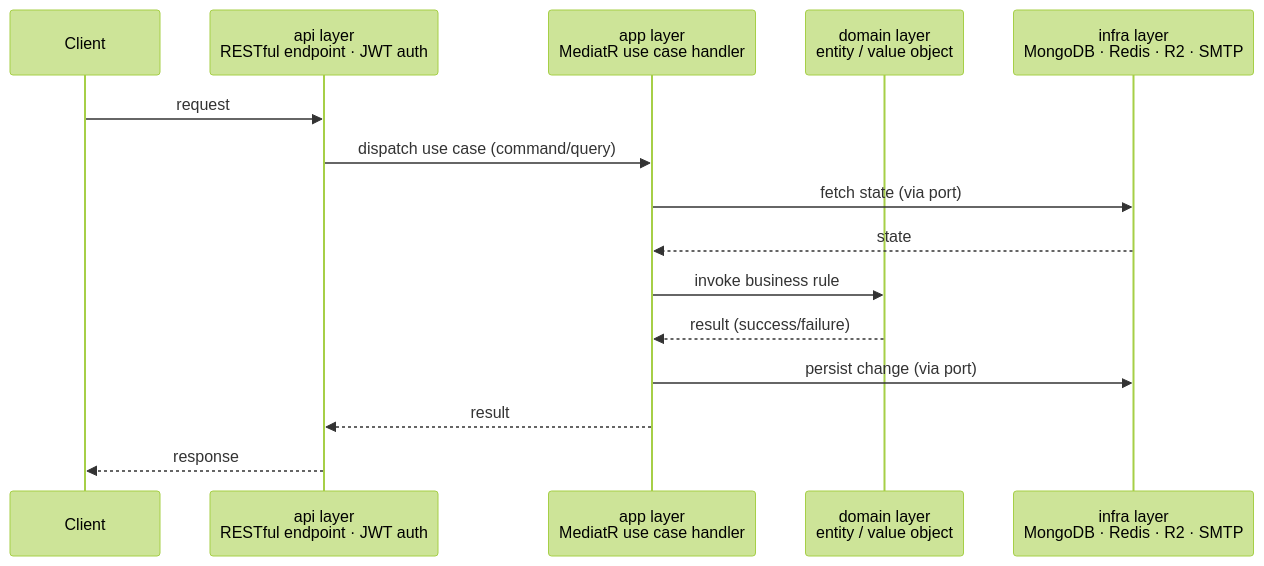
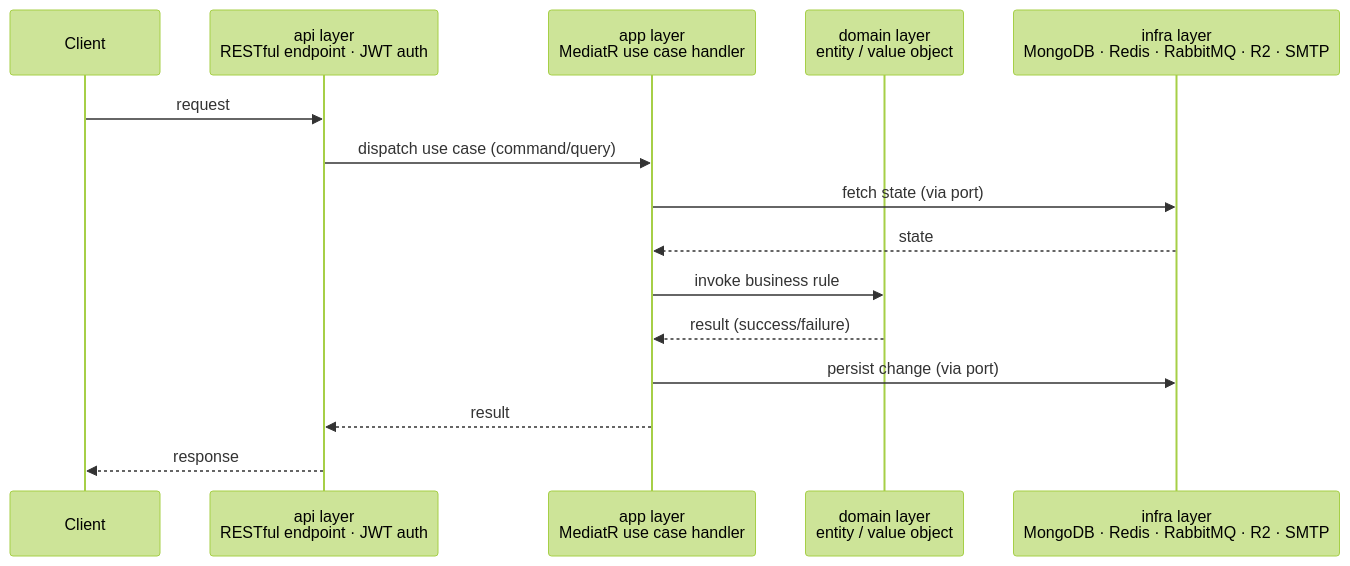
The second of 2 diagrams in doc/architecture.md (Datnguynx110605/Bump_Server), drawn with Mermaid (forest theme) before and after one commit. The commit also changed other lines of this file and 28 other files, not shown here.

````diff
--- a/doc/architecture.md
+++ b/doc/architecture.md
@@ -71,18 +71,18 @@
 ```mermaid
 sequenceDiagram
     participant Client
     participant API as api layer<br/>RESTful endpoint · JWT auth
     participant App as app layer<br/>MediatR use case handler
     participant Domain as domain layer<br/>entity / value object
-    participant Infra as infra layer<br/>MongoDB · Redis · R2 · SMTP
+    participant Infra as infra layer<br/>MongoDB · Redis · RabbitMQ · R2 · SMTP
 
     Client->>API: request
     API->>App: dispatch use case (command/query)
     App->>Infra: fetch state (via port)
     Infra-->>App: state
     App->>Domain: invoke business rule
     Domain-->>App: result (success/failure)
     App->>Infra: persist change (via port)
     App-->>API: result
     API-->>Client: response
 ```
````
